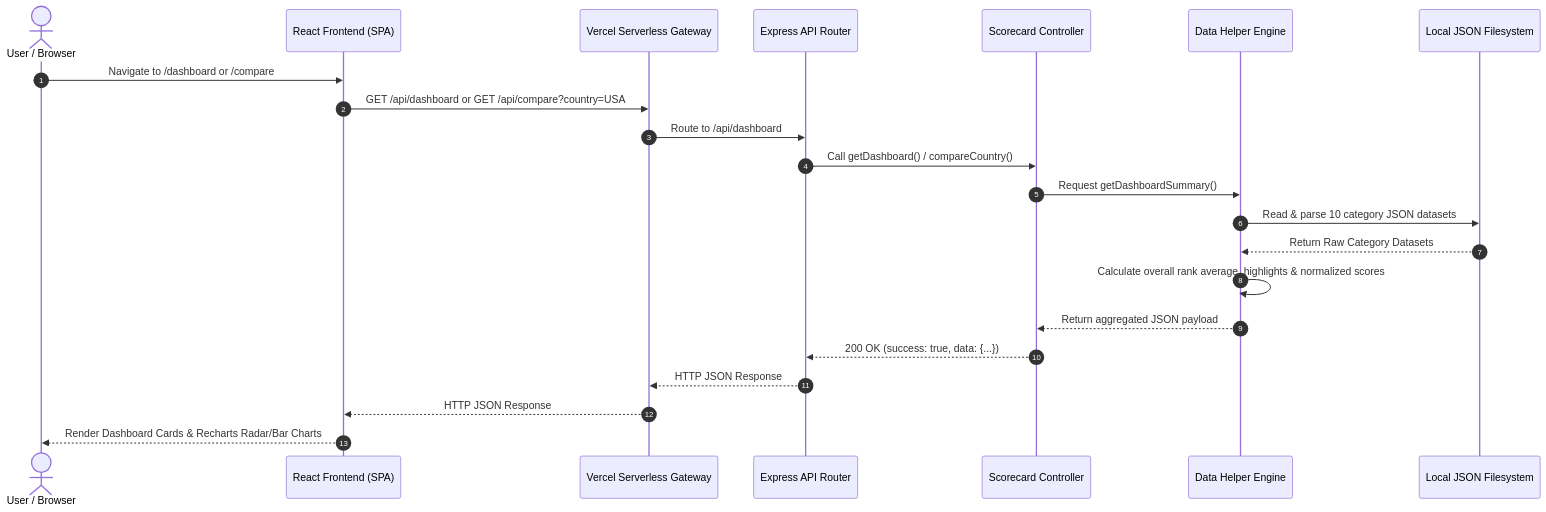
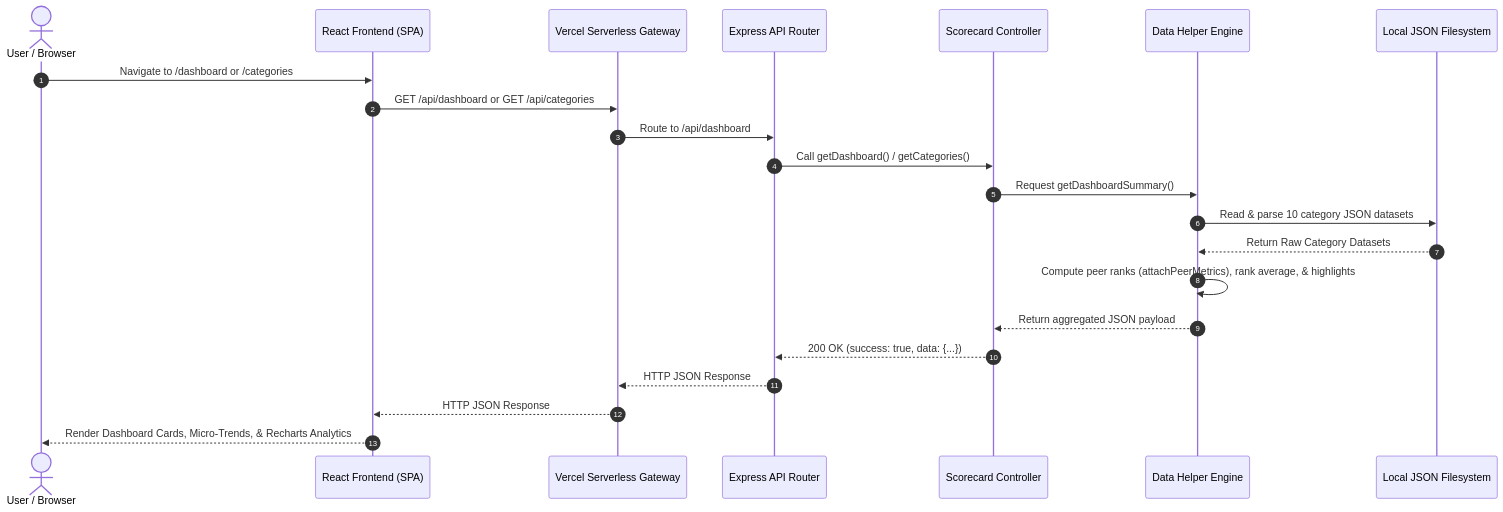
The second of 7 diagrams in architecture.md (SoumyaSagarNayak/let-scode-challenge), drawn with Mermaid before and after one commit. The commit also changed other lines of this file and 2 other files, not shown here.

````diff
--- a/architecture.md
+++ b/architecture.md
@@ -91,25 +94,25 @@
 ```mermaid
 sequenceDiagram
     autonumber
     actor User as User / Browser
     participant FE as React Frontend (SPA)
     participant GW as Vercel Serverless Gateway
     participant API as Express API Router
     participant CTRL as Scorecard Controller
     participant HELPER as Data Helper Engine
     participant FS as Local JSON Filesystem
 
-    User->>FE: Navigate to /dashboard or /compare
-    FE->>GW: GET /api/dashboard or GET /api/compare?country=USA
+    User->>FE: Navigate to /dashboard or /categories
+    FE->>GW: GET /api/dashboard or GET /api/categories
     GW->>API: Route to /api/dashboard
-    API->>CTRL: Call getDashboard() / compareCountry()
+    API->>CTRL: Call getDashboard() / getCategories()
     CTRL->>HELPER: Request getDashboardSummary()
     HELPER->>FS: Read & parse 10 category JSON datasets
     FS-->>HELPER: Return Raw Category Datasets
-    HELPER->>HELPER: Calculate overall rank average, highlights & normalized scores
+    HELPER->>HELPER: Compute peer ranks (attachPeerMetrics), rank average, & highlights
     HELPER-->>CTRL: Return aggregated JSON payload
     CTRL-->>API: 200 OK (success: true, data: {...})
     API-->>GW: HTTP JSON Response
     GW-->>FE: HTTP JSON Response
-    FE-->>User: Render Dashboard Cards & Recharts Radar/Bar Charts
+    FE-->>User: Render Dashboard Cards, Micro-Trends, & Recharts Analytics
 ```
````
